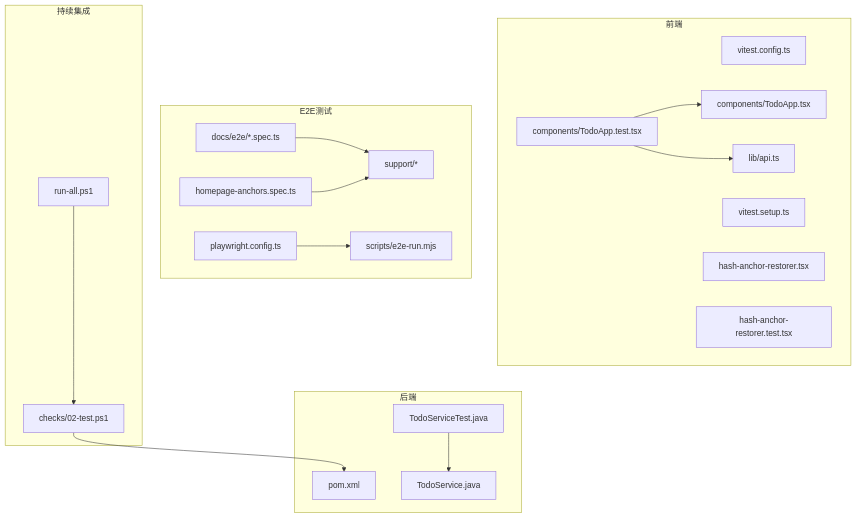
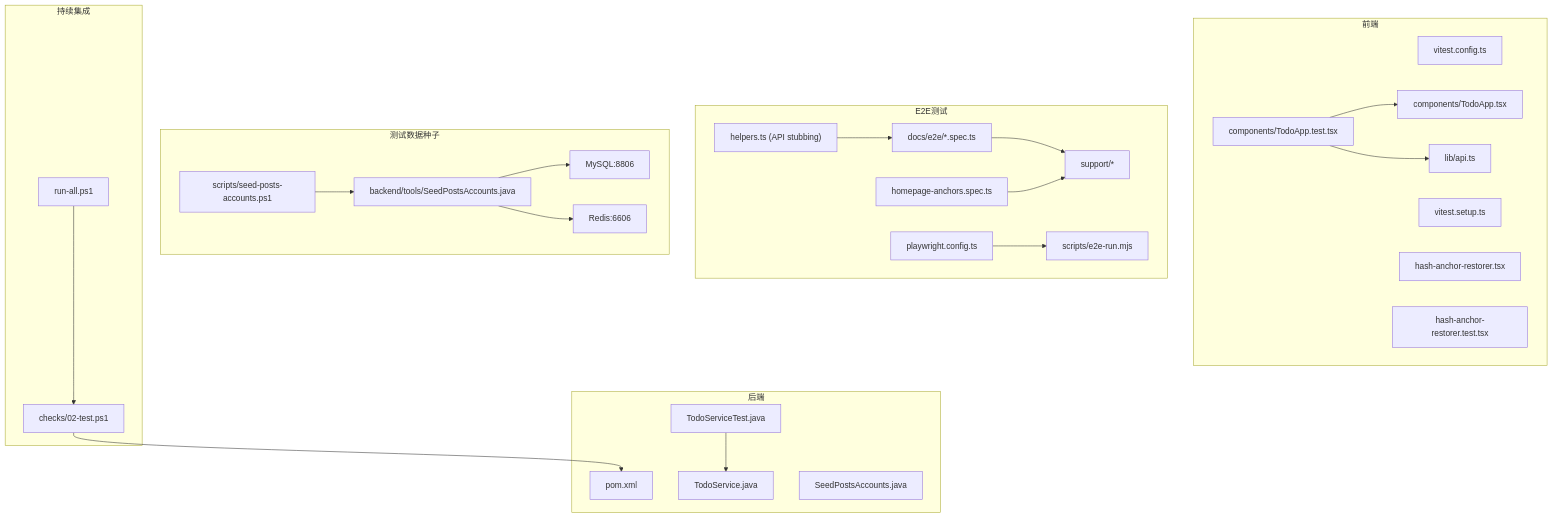
One commit to luyitiger6/my-first-project changed the first of 12 diagrams in .qoder/repowiki/zh/content/测试策略.md. Above: the diagram before and after it, drawn with Mermaid. The commit also changed other lines of this file and 54 other files, not shown here.

````diff
--- a/.qoder/repowiki/zh/content/测试策略.md
+++ b/.qoder/repowiki/zh/content/测试策略.md
@@ -67,36 +68,48 @@
 ```mermaid
 graph TB
 subgraph "后端"
 B_POM["pom.xml"]
 B_Service["TodoService.java"]
 B_Test["TodoServiceTest.java"]
+B_Seed["SeedPostsAccounts.java"]
 end
 subgraph "前端"
 F_Config["vitest.config.ts"]
 F_Setup["vitest.setup.ts"]
 F_Api["lib/api.ts"]
 F_Component["components/TodoApp.tsx"]
 F_Test["components/TodoApp.test.tsx"]
 F_Anchor["hash-anchor-restorer.tsx"]
 F_Anchor_Test["hash-anchor-restorer.test.tsx"]
 end
 subgraph "E2E测试"
 PW_Config["playwright.config.ts"]
 PW_Scripts["scripts/e2e-run.mjs"]
 PW_E2E["docs/e2e/*.spec.ts"]
 PW_Support["support/*"]
 PW_Ancors["homepage-anchors.spec.ts"]
+PW_Helpers["helpers.ts (API stubbing)"]
+end
+subgraph "测试数据种子"
+PS_Script["scripts/seed-posts-accounts.ps1"]
+JAVA_Seed["backend/tools/SeedPostsAccounts.java"]
+DB["MySQL:8806"]
+Redis["Redis:6606"]
 end
 subgraph "持续集成"
 H_Run["run-all.ps1"]
 H_TestGate["checks/02-test.ps1"]
 end
 B_Test --> B_Service
 F_Test --> F_Component
 F_Test --> F_Api
 PW_E2E --> PW_Support
 PW_Ancors --> PW_Support
+PW_Helpers --> PW_E2E
 PW_Config --> PW_Scripts
 H_Run --> H_TestGate
 H_TestGate --> B_POM
+PS_Script --> JAVA_Seed
+JAVA_Seed --> DB
+JAVA_Seed --> Redis
 ```
````
